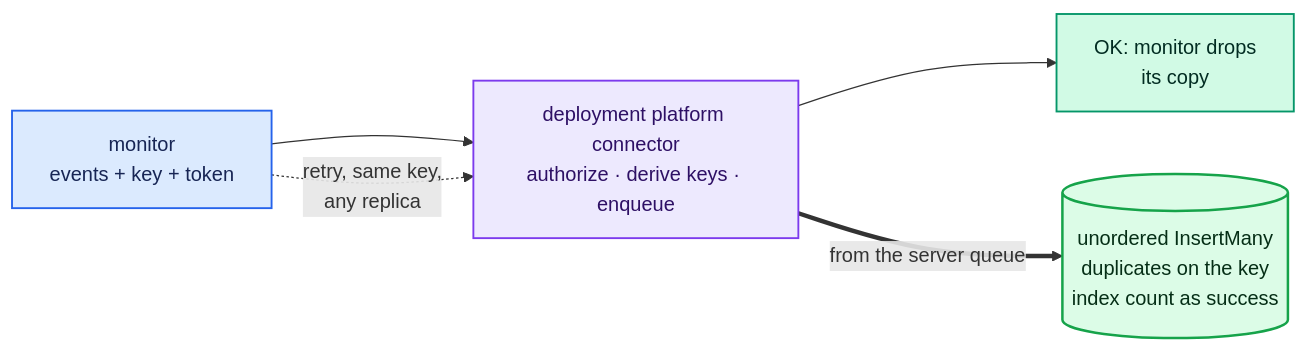
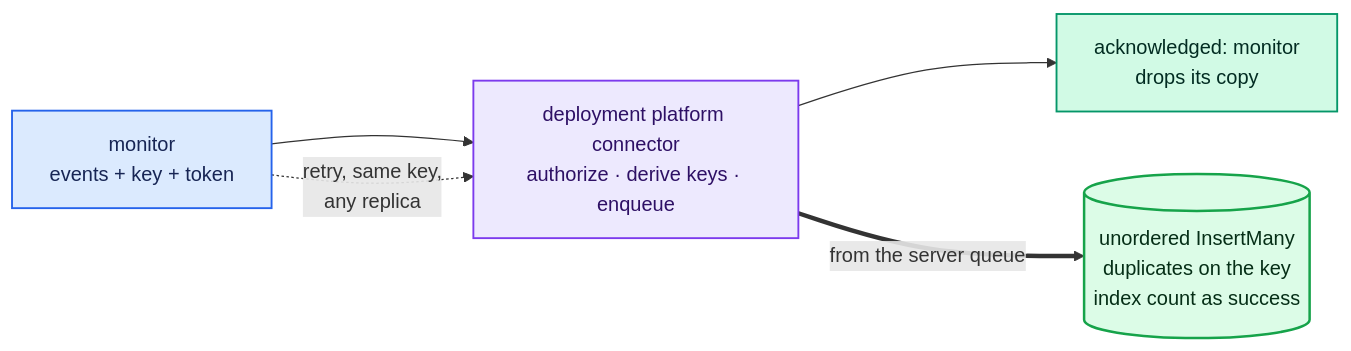
Before and after one commit to KaivalyaMDabhadkar/NVSentinel: the second of 5 diagrams in docs/designs/052-deployment-platform-connector.md, drawn with Mermaid. The commit also changed other lines of this file, not shown here.

````diff
--- a/docs/designs/052-deployment-platform-connector.md
+++ b/docs/designs/052-deployment-platform-connector.md
@@ -163,21 +166,21 @@
 ```mermaid
 flowchart LR
     M["monitor<br/>events + key + token"]
     API["deployment platform connector<br/>authorize · derive keys · enqueue"]
-    ACK["OK: monitor drops<br/>its copy"]
+    ACK["acknowledged: monitor<br/>drops its copy"]
     DB[("unordered InsertMany<br/>duplicates on the key<br/>index count as success")]
 
     M --> API
     API --> ACK
     API == "from the server queue" ==> DB
     M -. "retry, same key,<br/>any replica" .-> API
 
     classDef client fill:#DBEAFE,stroke:#2563EB,color:#172554,stroke-width:1.5px
     classDef service fill:#EDE9FE,stroke:#7C3AED,color:#2E1065,stroke-width:1.5px
     classDef database fill:#DCFCE7,stroke:#16A34A,color:#052E16,stroke-width:2px
     classDef success fill:#D1FAE5,stroke:#059669,color:#022C22,stroke-width:1.5px
     class M client
     class API service
     class DB database
     class ACK success
 ```
````
